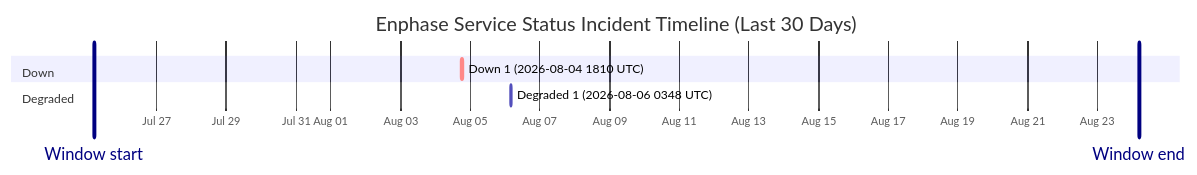
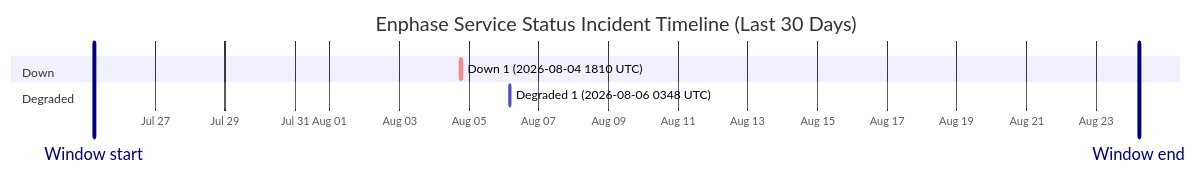
Before and after one commit to barneyonline/ha-enphase-energy: the diagram in wiki/Service-Status-History.md, drawn with Mermaid. The commit also changed other lines of this file and 3 other files, not shown here.

````diff
--- a/wiki/Service-Status-History.md
+++ b/wiki/Service-Status-History.md
@@ -14,12 +14,12 @@
 ```mermaid
 gantt
     title Enphase Service Status Incident Timeline (Last 30 Days)
     dateFormat  YYYY-MM-DDTHH:mm:ss
     axisFormat  %b %d
-    Window start :vert, window-start, 2026-07-25T04:41:24, 0ms
-    Window end :vert, window-end, 2026-08-24T04:41:24, 0ms
+    Window start :vert, window-start, 2026-07-25T05:36:07, 0ms
+    Window end :vert, window-end, 2026-08-24T05:36:07, 0ms
     section Down
     Down 1 (2026-08-04 1810 UTC) :crit, down-1, 2026-08-04T18:10:46, 60m
     section Degraded
     Degraded 1 (2026-08-06 0348 UTC) :active, degraded-1, 2026-08-06T03:48:14, 60m
 ```
````
